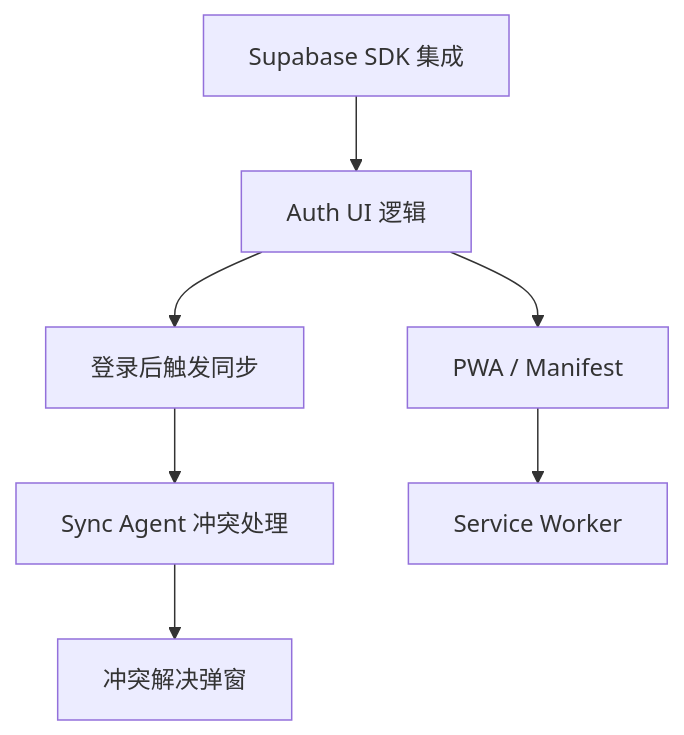
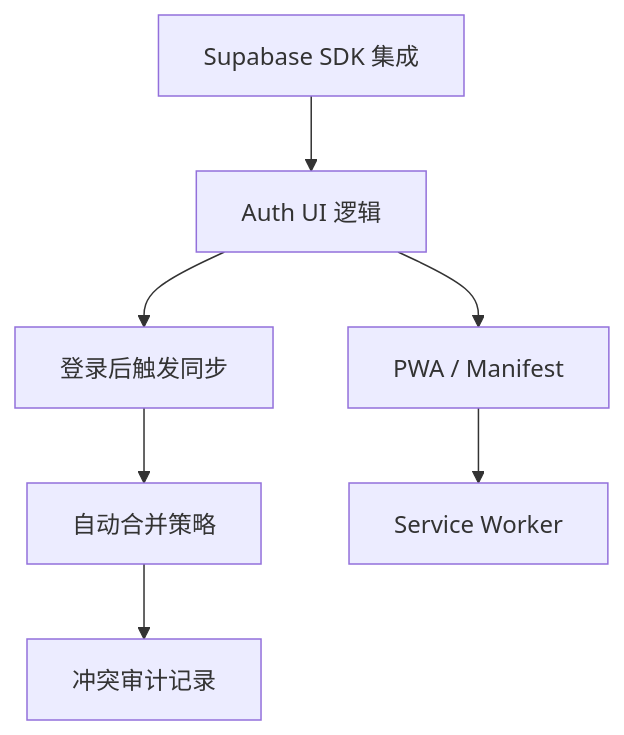
One commit to winyap1516/RuneAI changed the diagram in PHASE5_MASTER_PLAN.md. Above: the diagram before and after it, drawn with Mermaid. The commit also changed other lines of this file and 5 other files, not shown here.

````diff
--- a/PHASE5_MASTER_PLAN.md
+++ b/PHASE5_MASTER_PLAN.md
@@ -60,11 +58,11 @@
 ```mermaid
 graph TD
     SDK[Supabase SDK 集成] --> AuthUI[Auth UI 逻辑]
     AuthUI --> SyncTrigger[登录后触发同步]
     
-    SyncTrigger --> ConflictLogic[Sync Agent 冲突处理]
-    ConflictLogic --> ConflictModal[冲突解决弹窗]
+    SyncTrigger --> AutoMerge[自动合并策略]
+    AutoMerge --> ConflictAudit[冲突审计记录]
     
     AuthUI --> PWA[PWA / Manifest]
     PWA --> SW[Service Worker]
 ```
````
